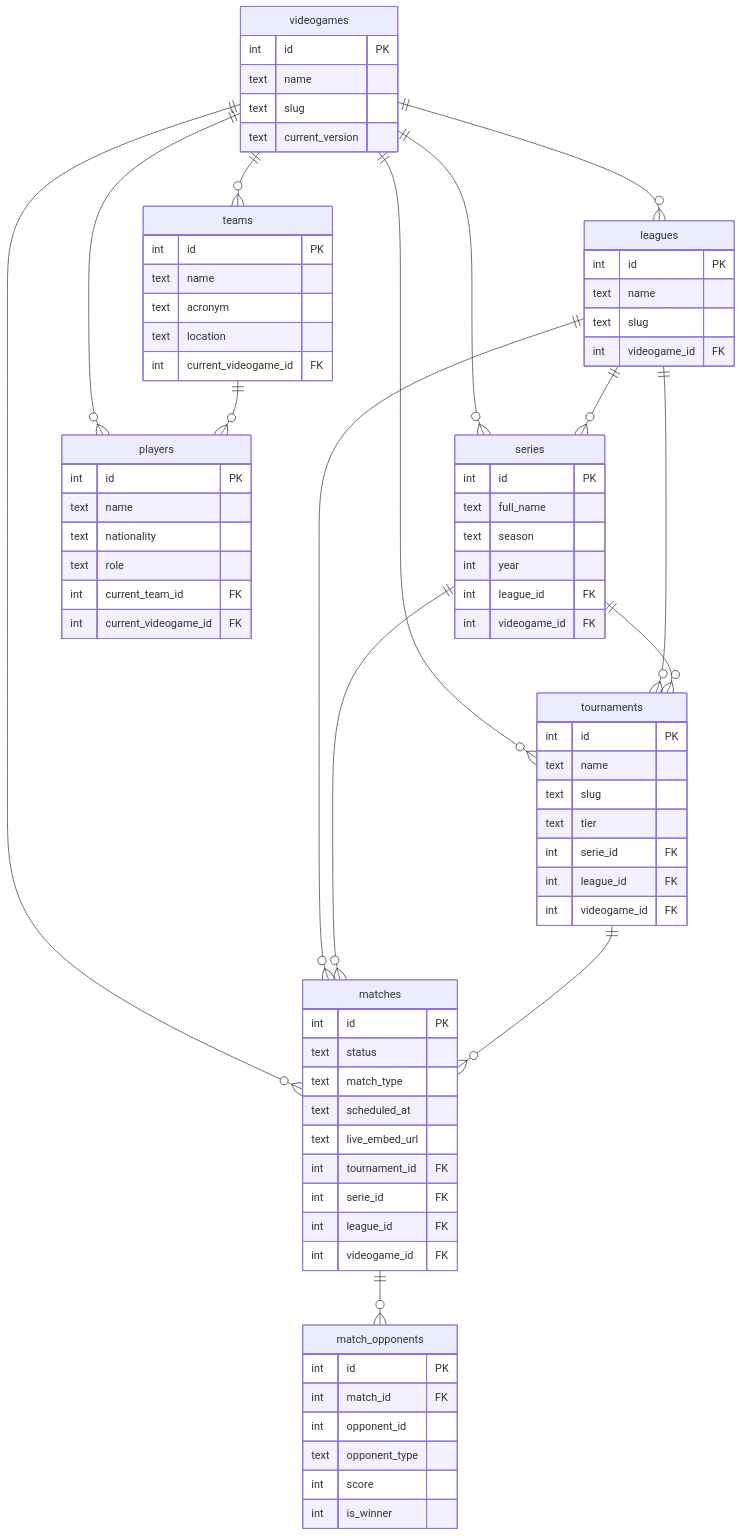
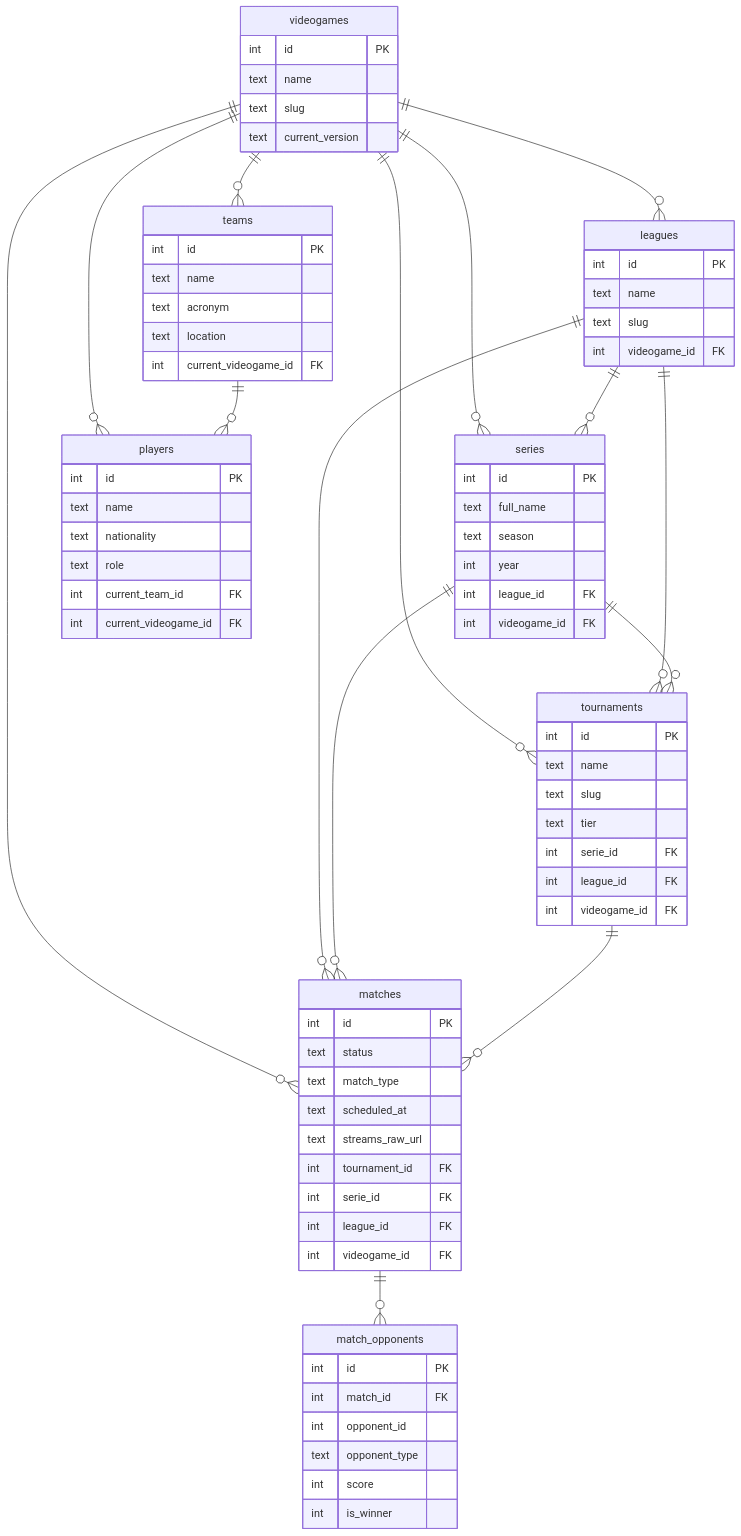
The second of 2 diagrams in README.md (ngshiheng/esportsdb), drawn with Mermaid before and after one commit. The commit also changed other lines of this file and 3 other files, not shown here.

````diff
--- a/README.md
+++ b/README.md
@@ -56,81 +56,81 @@
 ```mermaid
 erDiagram
     videogames {
         int id PK
         text name
         text slug
         text current_version
     }
     leagues {
         int id PK
         text name
         text slug
         int videogame_id FK
     }
     series {
         int id PK
         text full_name
         text season
         int year
         int league_id FK
         int videogame_id FK
     }
     tournaments {
         int id PK
         text name
         text slug
         text tier
         int serie_id FK
         int league_id FK
         int videogame_id FK
     }
     matches {
         int id PK
         text status
         text match_type
         text scheduled_at
-        text live_embed_url
+        text streams_raw_url
         int tournament_id FK
         int serie_id FK
         int league_id FK
         int videogame_id FK
     }
     match_opponents {
         int id PK
         int match_id FK
         int opponent_id
         text opponent_type
         int score
         int is_winner
     }
     teams {
         int id PK
         text name
         text acronym
         text location
         int current_videogame_id FK
     }
     players {
         int id PK
         text name
         text nationality
         text role
         int current_team_id FK
         int current_videogame_id FK
     }
 
     videogames ||--o{ leagues : ""
     videogames ||--o{ series : ""
     videogames ||--o{ tournaments : ""
     videogames ||--o{ matches : ""
     videogames ||--o{ teams : ""
     videogames ||--o{ players : ""
     leagues ||--o{ series : ""
     leagues ||--o{ tournaments : ""
     leagues ||--o{ matches : ""
     series ||--o{ tournaments : ""
     series ||--o{ matches : ""
     tournaments ||--o{ matches : ""
     matches ||--o{ match_opponents : ""
     teams ||--o{ players : ""
 ```
````
